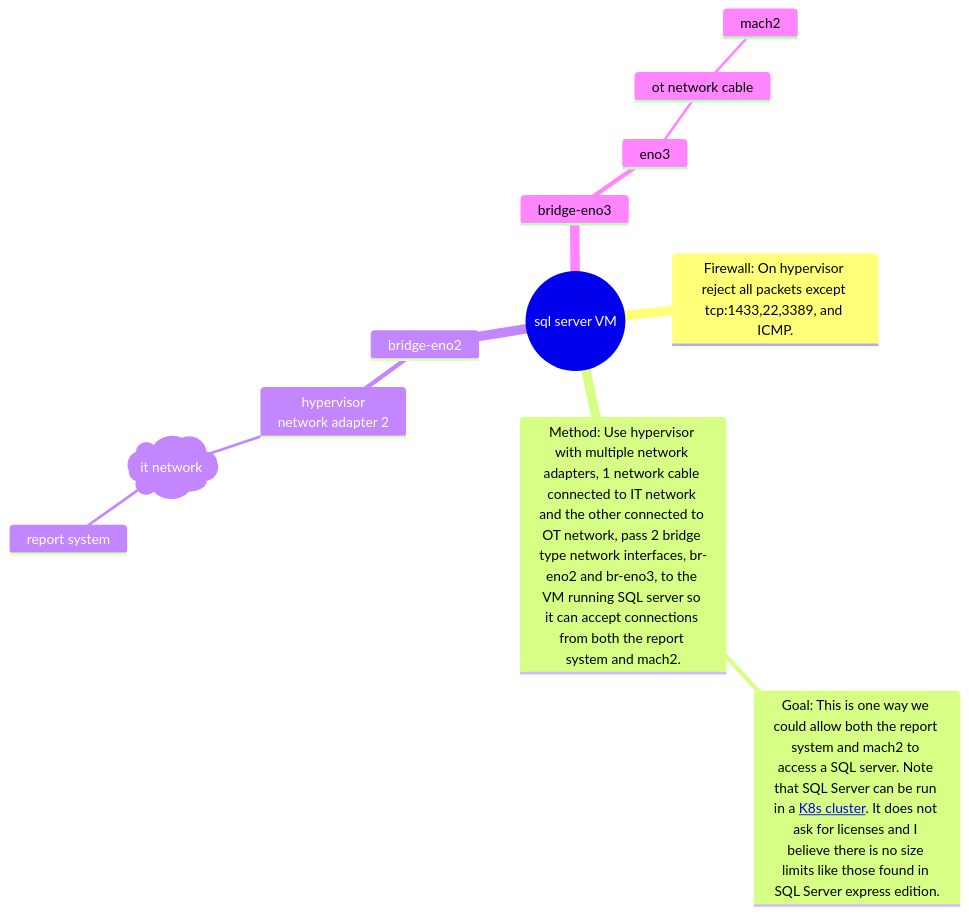
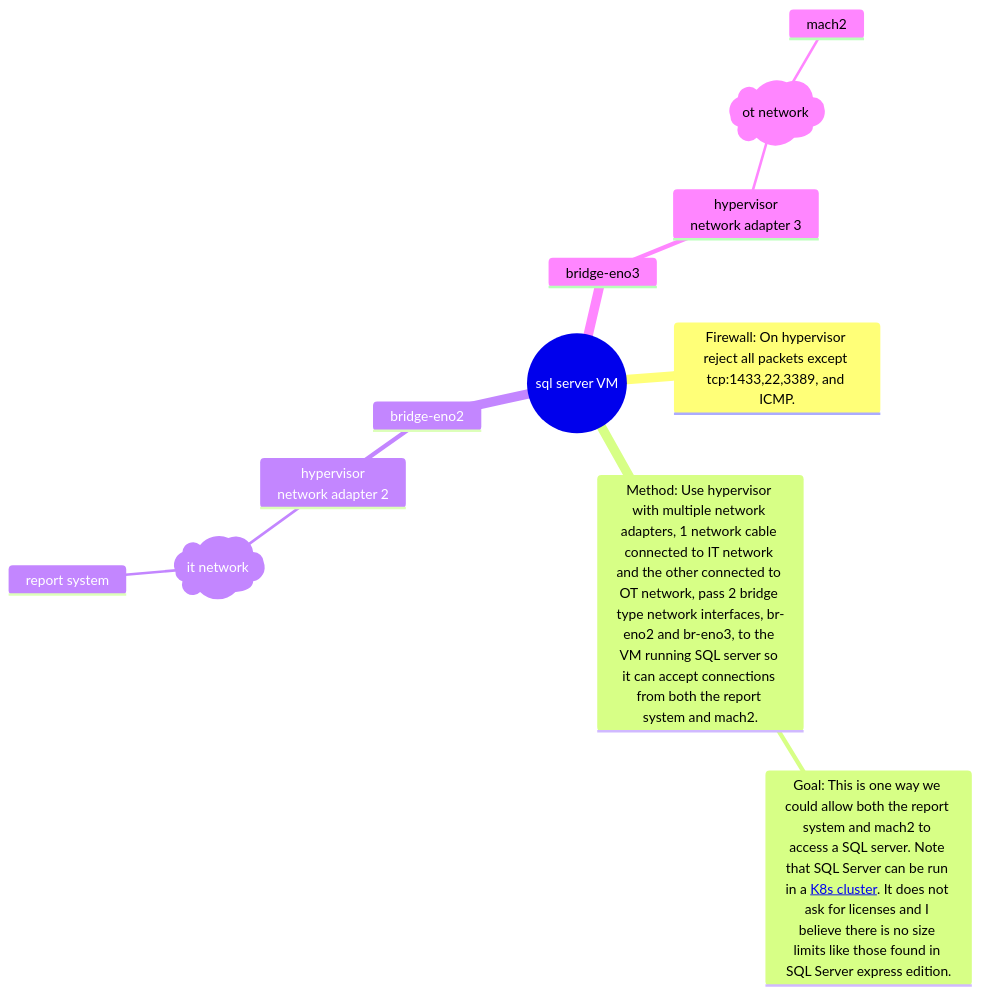
The diagram in development/report_system/it_ot_database.md (brentgroves/repsys), drawn with Mermaid before and after one commit. The commit also changed 12 other files, not shown here.

````diff
--- a/development/report_system/it_ot_database.md
+++ b/development/report_system/it_ot_database.md
@@ -7,16 +7,16 @@
 ```mermaid
 mindmap
   root((sql server VM))
     Firewall: On hypervisor reject all packets except tcp:1433,22,3389, and ICMP.
     Method: Use hypervisor with multiple network adapters, 1 network cable connected to IT network and the other connected to OT network, pass 2 bridge type network interfaces, br-eno2 and br-eno3, to the VM running SQL server so it can accept connections from both the report system and mach2.
       Goal: This is one way we could allow both the report system and mach2 to access a SQL server. Note that SQL Server can be run in a <a href="https://github.com/microsoft/sqlworkshops-sql2019workshop/blob/master/sql2019workshop/07_SQLOnKubernetes.md">K8s cluster</a>. It does not ask for licenses and I believe there is no size limits like those found in SQL Server express edition<l>.
     bridge-eno2
       hypervisor<br/>network adapter 2<br/eno2>
         id)it network(
           report system
     bridge-eno3
-      eno3
-        ot network cable
+      hypervisor<br/>network adapter 3<br/eno2>
+        id)ot network(
           mach2
 
 ```
````
